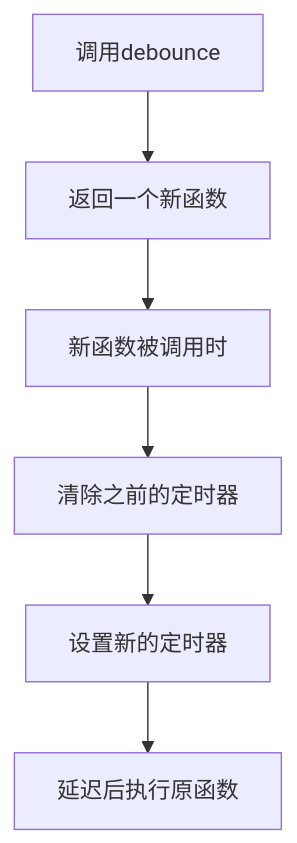
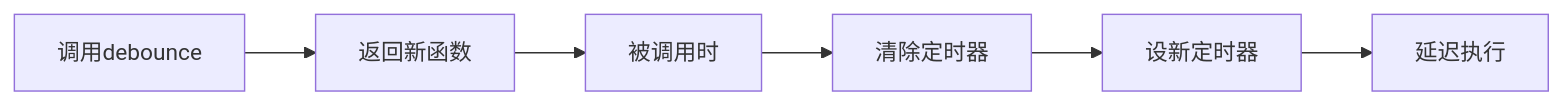
The second of 3 diagrams in 09-代码理解与调试.md (Leo-Wei105/vibe-coding-guide), drawn with Mermaid before and after one commit. The commit also changed other lines of this file and 9 other files, not shown here.

````diff
--- a/09-代码理解与调试.md
+++ b/09-代码理解与调试.md
@@ -163,8 +158,5 @@
 ```mermaid
-flowchart TD
-    A[调用debounce] --> B[返回一个新函数]
-    B --> C[新函数被调用时]
-    C --> D[清除之前的定时器]
-    D --> E[设置新的定时器]
-    E --> F[延迟后执行原函数]
+flowchart LR
+    A[调用debounce] --> B[返回新函数] --> C[被调用时]
+    C --> D[清除定时器] --> E[设新定时器] --> F[延迟执行]
 ```
````
